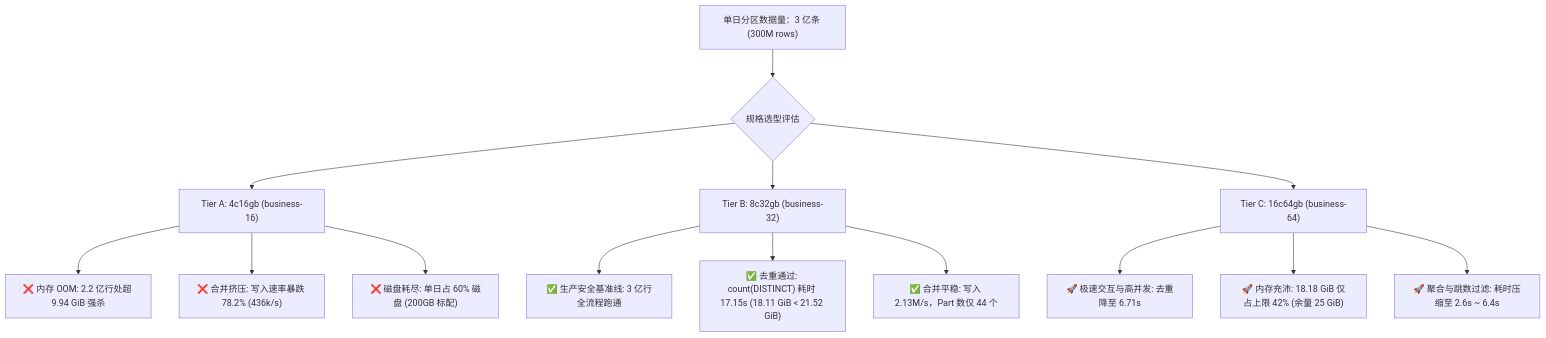
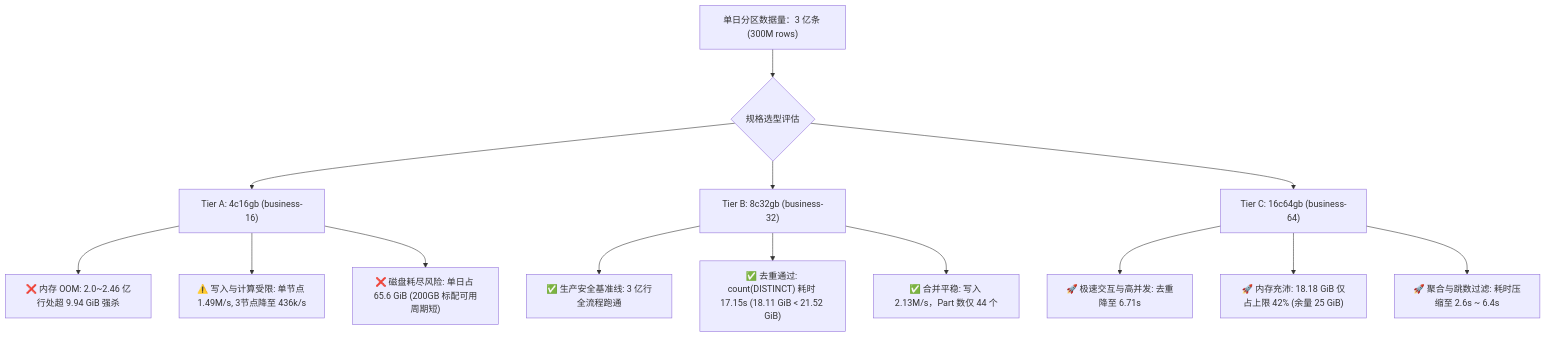
One commit to meirongdev/clickhouse-lab changed the first of 3 diagrams in docs/scale-300m-comprehensive-report.md. Above: the diagram before and after it, drawn with Mermaid. The commit also changed other lines of this file and 3 other files, not shown here.

````diff
--- a/docs/scale-300m-comprehensive-report.md
+++ b/docs/scale-300m-comprehensive-report.md
@@ -14,19 +14,19 @@
 ```mermaid
 flowchart TD
     DataVol["单日分区数据量：3 亿条 (300M rows)"] --> Tiers{"规格选型评估"}
     
     Tiers --> TierA["Tier A: 4c16gb (business-16)"]
-    TierA --> F1["❌ 内存 OOM: 2.2 亿行处超 9.94 GiB 强杀"]
-    TierA --> F2["❌ 合并挤压: 写入速率暴跌 78.2% (436k/s)"]
-    TierA --> F3["❌ 磁盘耗尽: 单日占 60% 磁盘 (200GB 标配)"]
+    TierA --> F1["❌ 内存 OOM: 2.0~2.46 亿行处超 9.94 GiB 强杀"]
+    TierA --> F2["⚠️ 写入与计算受限: 单节点 1.49M/s, 3节点降至 436k/s"]
+    TierA --> F3["❌ 磁盘耗尽风险: 单日占 65.6 GiB (200GB 标配可用周期短)"]
     
     Tiers --> TierB["Tier B: 8c32gb (business-32)"]
     TierB --> P1["✅ 生产安全基准线: 3 亿行全流程跑通"]
     TierB --> P2["✅ 去重通过: count(DISTINCT) 耗时 17.15s (18.11 GiB < 21.52 GiB)"]
     TierB --> P3["✅ 合并平稳: 写入 2.13M/s，Part 数仅 44 个"]
     
     Tiers --> TierC["Tier C: 16c64gb (business-64)"]
     TierC --> E1["🚀 极速交互与高并发: 去重降至 6.71s"]
     TierC --> E2["🚀 内存充沛: 18.18 GiB 仅占上限 42% (余量 25 GiB)"]
     TierC --> E3["🚀 聚合与跳数过滤: 耗时压缩至 2.6s ~ 6.4s"]
 ```
````
